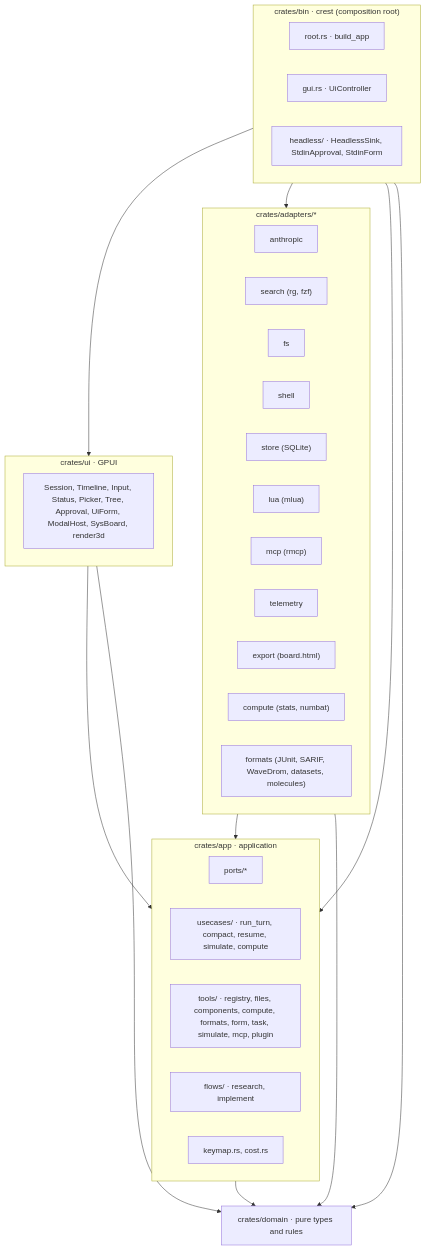
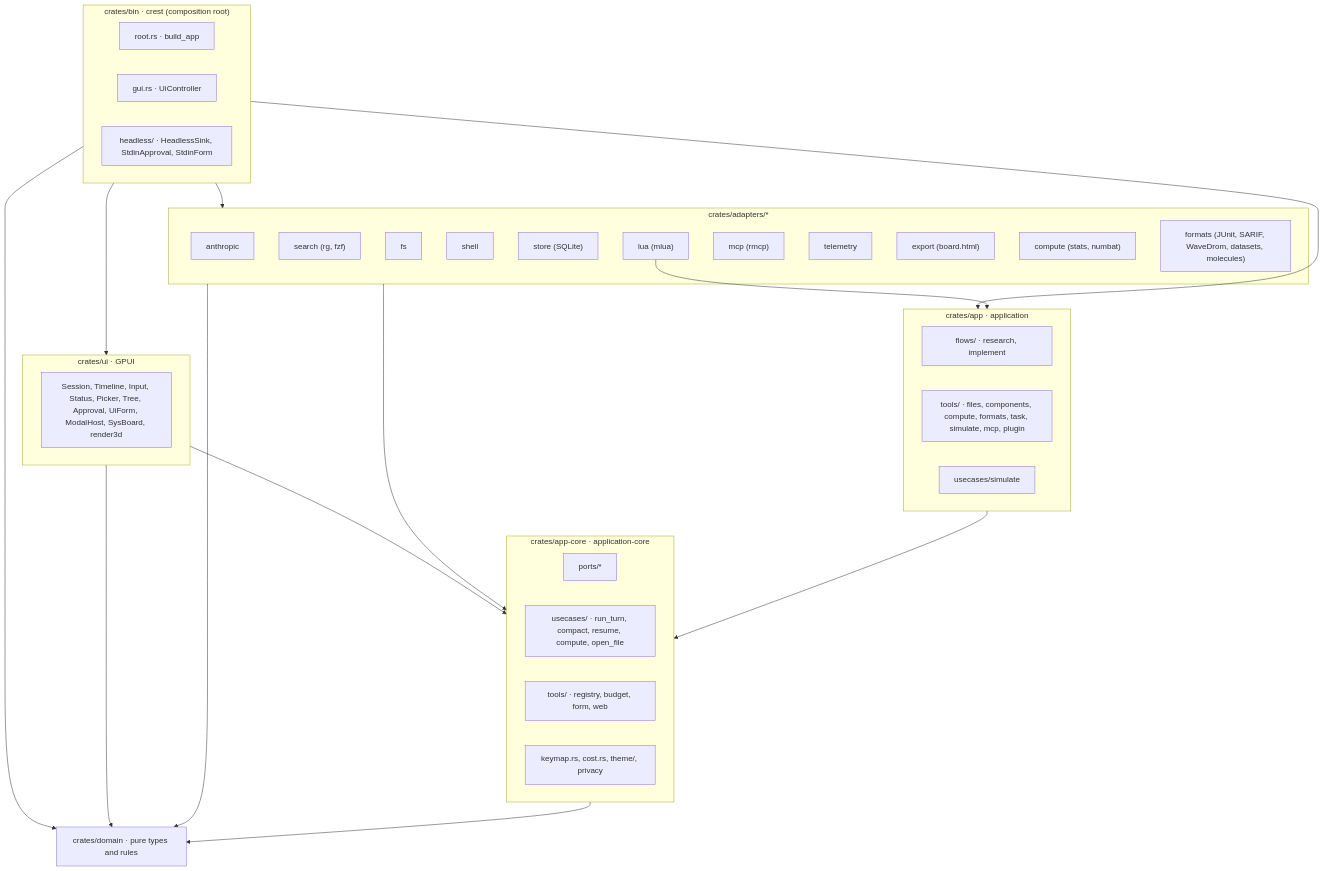
Before and after one commit to lazaroMB/crest: the first of 4 diagrams in docs/architecture.md, drawn with Mermaid. The commit also changed other lines of this file and 2 other files, not shown here.

Commit message:
docs: application-core in the architecture, development and audit notes

````diff
--- a/docs/architecture.md
+++ b/docs/architecture.md
@@ -11,37 +11,43 @@
 ```mermaid
 flowchart TB
     subgraph bin["crates/bin · crest (composition root)"]
         root["root.rs · build_app"]
         gui["gui.rs · UiController"]
         headless["headless/ · HeadlessSink, StdinApproval, StdinForm"]
     end
     subgraph ui["crates/ui · GPUI"]
         session["Session, Timeline, Input, Status, Picker, Tree, Approval, UiForm, ModalHost, SysBoard, render3d"]
     end
     subgraph adapters["crates/adapters/*"]
         anthropic["anthropic"]
         search["search (rg, fzf)"]
         fs["fs"]
         shell["shell"]
         store["store (SQLite)"]
         lua["lua (mlua)"]
         mcp["mcp (rmcp)"]
         telemetry["telemetry"]
         export["export (board.html)"]
         compute["compute (stats, numbat)"]
         formats["formats (JUnit, SARIF, WaveDrom, datasets, molecules)"]
     end
     subgraph app["crates/app · application"]
+        flows["flows/ · research, implement"]
+        tools["tools/ · files, components, compute, formats, task, simulate, mcp, plugin"]
+        simulate["usecases/simulate"]
+    end
+    subgraph core["crates/app-core · application-core"]
         ports["ports/*"]
-        usecases["usecases/ · run_turn, compact, resume, simulate, compute"]
-        tools["tools/ · registry, files, components, compute, formats, form, task, simulate, mcp, plugin"]
-        flows["flows/ · research, implement"]
-        keymap["keymap.rs, cost.rs"]
+        usecases["usecases/ · run_turn, compact, resume, compute, open_file"]
+        coretools["tools/ · registry, budget, form, web"]
+        keymap["keymap.rs, cost.rs, theme/, privacy"]
     end
     domain["crates/domain · pure types and rules"]
 
     bin --> ui & adapters & app & domain
-    ui --> app & domain
-    adapters --> app & domain
-    app --> domain
+    ui --> core & domain
+    adapters --> core & domain
+    lua --> app
+    app --> core
+    core --> domain
 ```
````
